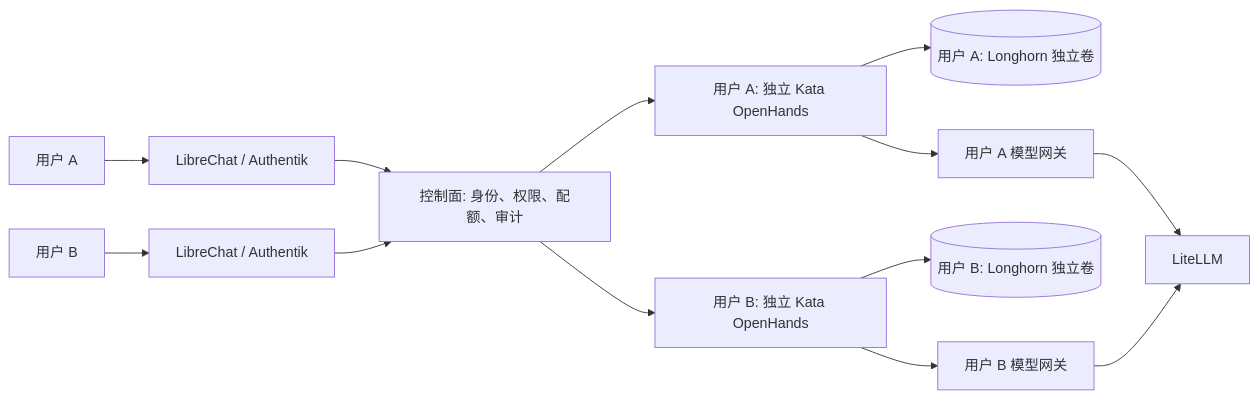
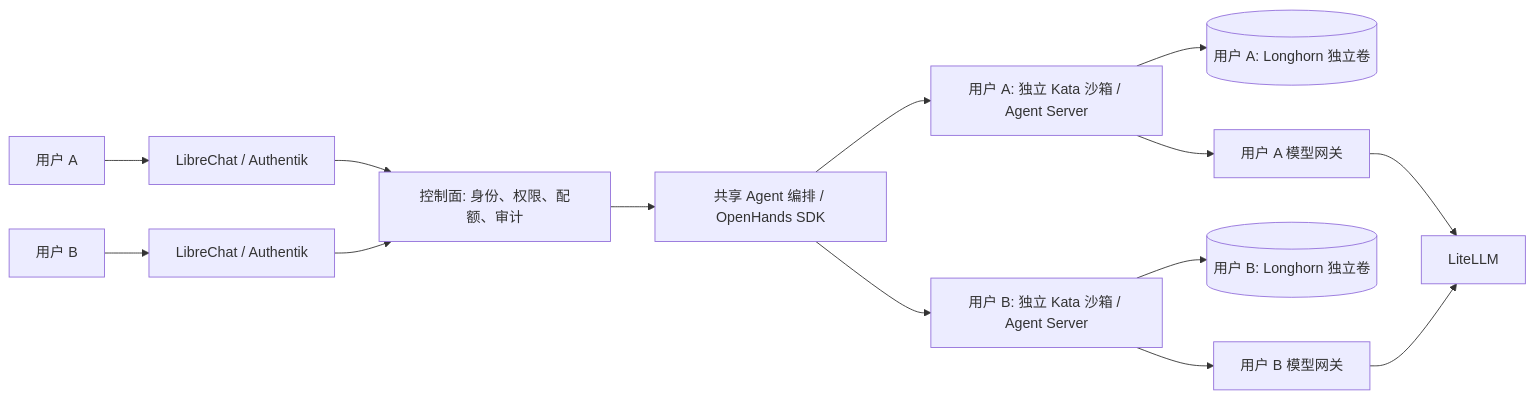
Before and after one commit to whrhythm/ops: the diagram in apps/openhands/PER_USER_DESIGN.md, drawn with Mermaid. The commit also changed other lines of this file and 1 other file, not shown here.

Commit message:
docs: prefer shared agent orchestration and isolated sandboxes

````diff
--- a/apps/openhands/PER_USER_DESIGN.md
+++ b/apps/openhands/PER_USER_DESIGN.md
@@ -11,15 +11,16 @@
 ```mermaid
 flowchart LR
   A[用户 A] --> LA[LibreChat / Authentik]
   B[用户 B] --> LB[LibreChat / Authentik]
   LA --> CP[控制面: 身份、权限、配额、审计]
   LB --> CP
-  CP --> PA[用户 A: 独立 Kata OpenHands]
-  CP --> PB[用户 B: 独立 Kata OpenHands]
+  CP --> S[共享 Agent 编排 / OpenHands SDK]
+  S --> PA[用户 A: 独立 Kata 沙箱 / Agent Server]
+  S --> PB[用户 B: 独立 Kata 沙箱 / Agent Server]
   PA --> DA[(用户 A: Longhorn 独立卷)]
   PB --> DB[(用户 B: Longhorn 独立卷)]
   PA --> GA[用户 A 模型网关]
   PB --> GB[用户 B 模型网关]
   GA --> L[LiteLLM]
   GB --> L
 ```
````
